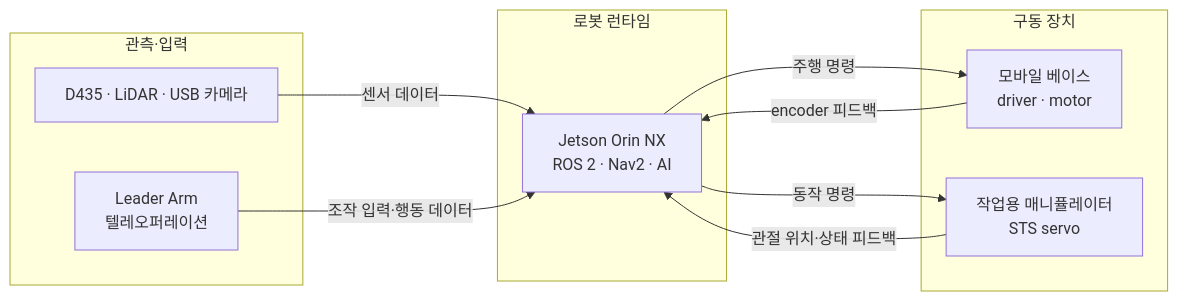
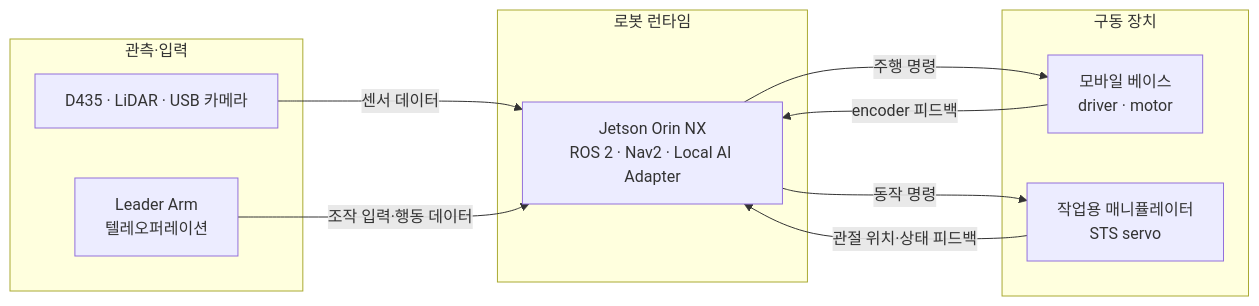
The third of 3 diagrams in 20_TECHNICAL/12 - Hardware Configuration.md (asm17-moving-agent/cleany-docs), drawn with Mermaid before and after one commit. The commit also changed other lines of this file and 50 other files, not shown here.

````diff
--- a/20_TECHNICAL/12 - Hardware Configuration.md
+++ b/20_TECHNICAL/12 - Hardware Configuration.md
@@ -169,23 +173,23 @@
 ```mermaid
 flowchart LR
     subgraph inputs["관측·입력"]
         S["D435 · LiDAR · USB 카메라"]
         T["Leader Arm<br/>텔레오퍼레이션"]
     end
 
     subgraph runtime["로봇 런타임"]
-        J["Jetson Orin NX<br/>ROS 2 · Nav2 · AI"]
+        J["Jetson Orin NX<br/>ROS 2 · Nav2 · Local AI Adapter"]
     end
 
     subgraph actuators["구동 장치"]
         B["모바일 베이스<br/>driver · motor"]
         A["작업용 매니퓰레이터<br/>STS servo"]
     end
 
     S -->|센서 데이터| J
     T -->|조작 입력·행동 데이터| J
     J -->|주행 명령| B
     B -->|encoder 피드백| J
     J -->|동작 명령| A
     A -->|관절 위치·상태 피드백| J
 ```
````
